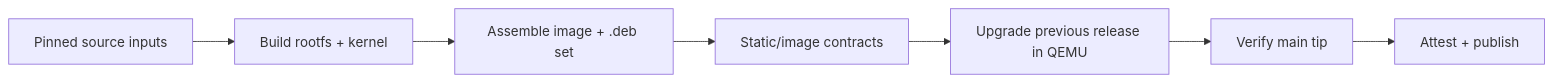
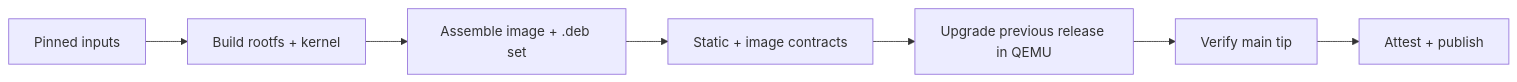
Before and after one commit to BlackF1re/atlantian: the diagram in docs/PIPELINE.md, drawn with Mermaid. The commit also changed other lines of this file, not shown here.

````diff
--- a/docs/PIPELINE.md
+++ b/docs/PIPELINE.md
@@ -6,9 +6,9 @@
 ```mermaid
 flowchart LR
-    A[Pinned source inputs] --> B[Build rootfs + kernel]
+    A[Pinned inputs] --> B[Build rootfs + kernel]
     B --> C[Assemble image + .deb set]
-    C --> D[Static/image contracts]
+    C --> D[Static + image contracts]
     D --> E[Upgrade previous release in QEMU]
     E --> F[Verify main tip]
     F --> G[Attest + publish]
 ```
````
